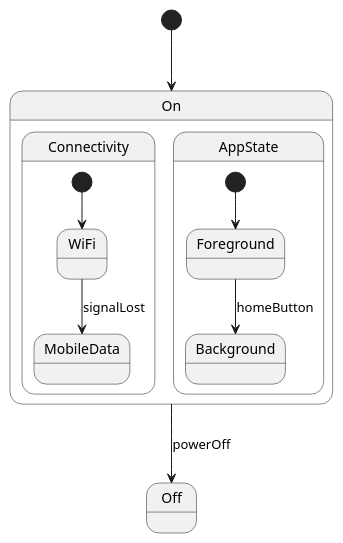
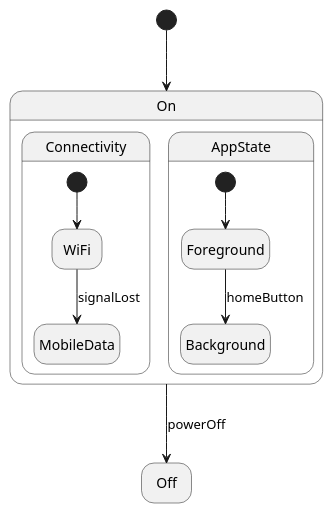
The sixth of 9 diagrams in class/amss2025/curs/06-state.md (traiansf/traiansf.github.io), drawn with PlantUML before and after one commit. The commit also changed other lines of this file and 6 other files, not shown here.

Commit message:
State diagrams: final

````diff
--- a/class/amss2025/curs/06-state.md
+++ b/class/amss2025/curs/06-state.md
@@ -163,16 +264,17 @@
 ```plantuml
 @startuml
+hide empty description
 [*] --> On
 state On {
   state Connectivity {
     [*] --> WiFi
     WiFi --> MobileData : signalLost
   }
   state AppState {
     [*] --> Foreground
     Foreground --> Background : homeButton
   }
 }
 On --> Off : powerOff
 @enduml
 ```
````
